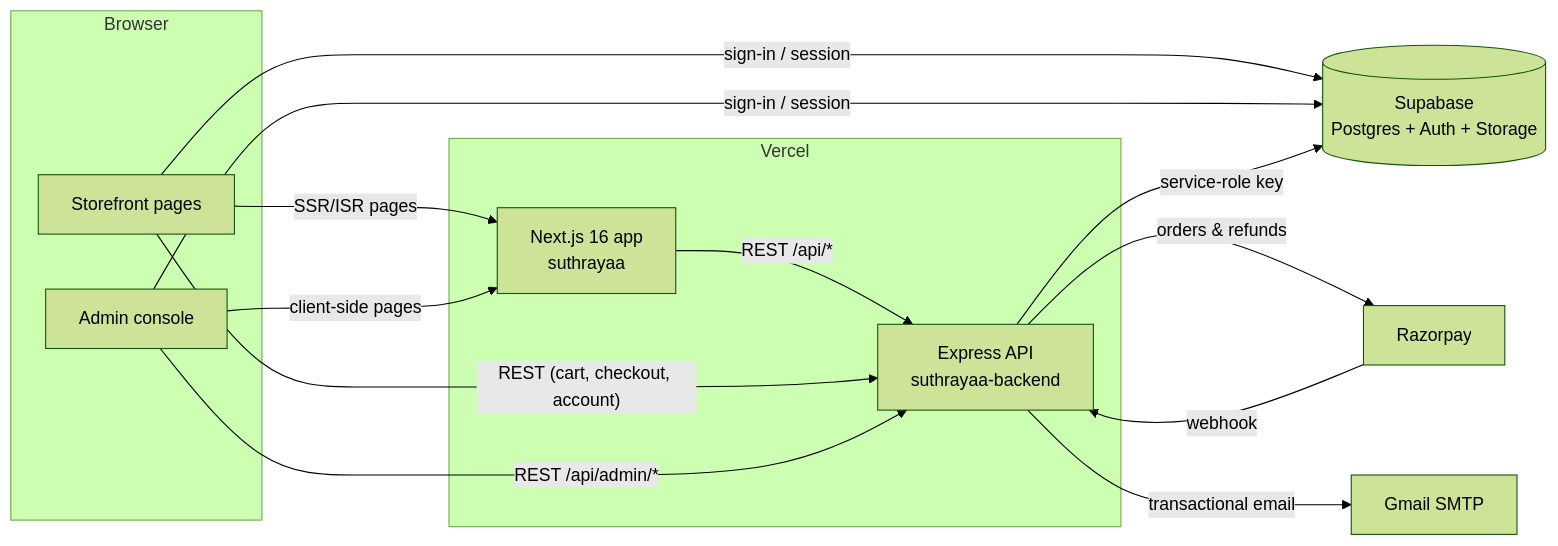
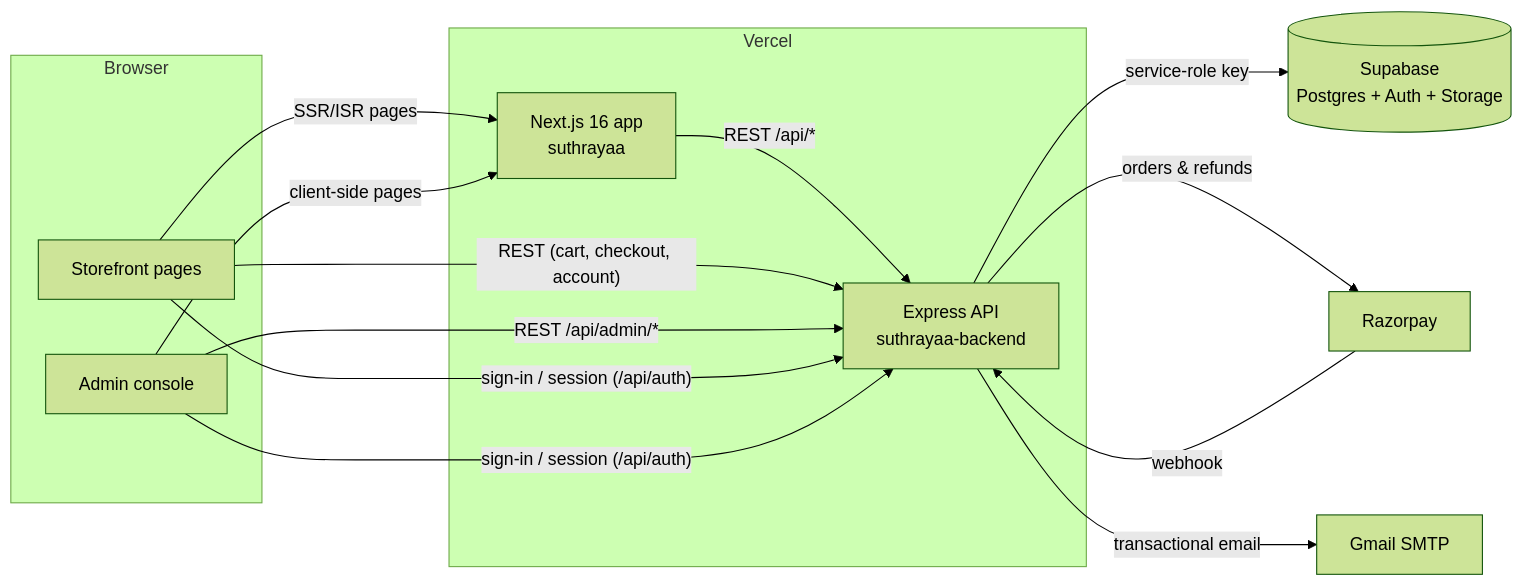
One commit to manish9869/suthrayaa changed the diagram in docs/README.md. Above: the diagram before and after it, drawn with Mermaid (forest theme). The commit also changed other lines of this file and 44 other files, not shown here.

````diff
--- a/docs/README.md
+++ b/docs/README.md
@@ -18,25 +18,25 @@
 ```mermaid
 flowchart LR
   subgraph Browser
     SF[Storefront pages]
     AD[Admin console]
   end
   subgraph Vercel
     FE[Next.js 16 app<br/>suthrayaa]
     BE[Express API<br/>suthrayaa-backend]
   end
   SB[(Supabase<br/>Postgres + Auth + Storage)]
   RZ[Razorpay]
   GM[Gmail SMTP]
 
   SF -- SSR/ISR pages --> FE
   AD -- client-side pages --> FE
   FE -- REST /api/* --> BE
   SF -- REST (cart, checkout, account) --> BE
   AD -- REST /api/admin/* --> BE
-  SF & AD -- sign-in / session --> SB
+  SF & AD -- sign-in / session (/api/auth) --> BE
   BE -- service-role key --> SB
   BE -- orders & refunds --> RZ
   RZ -- webhook --> BE
   BE -- transactional email --> GM
 ```
````
